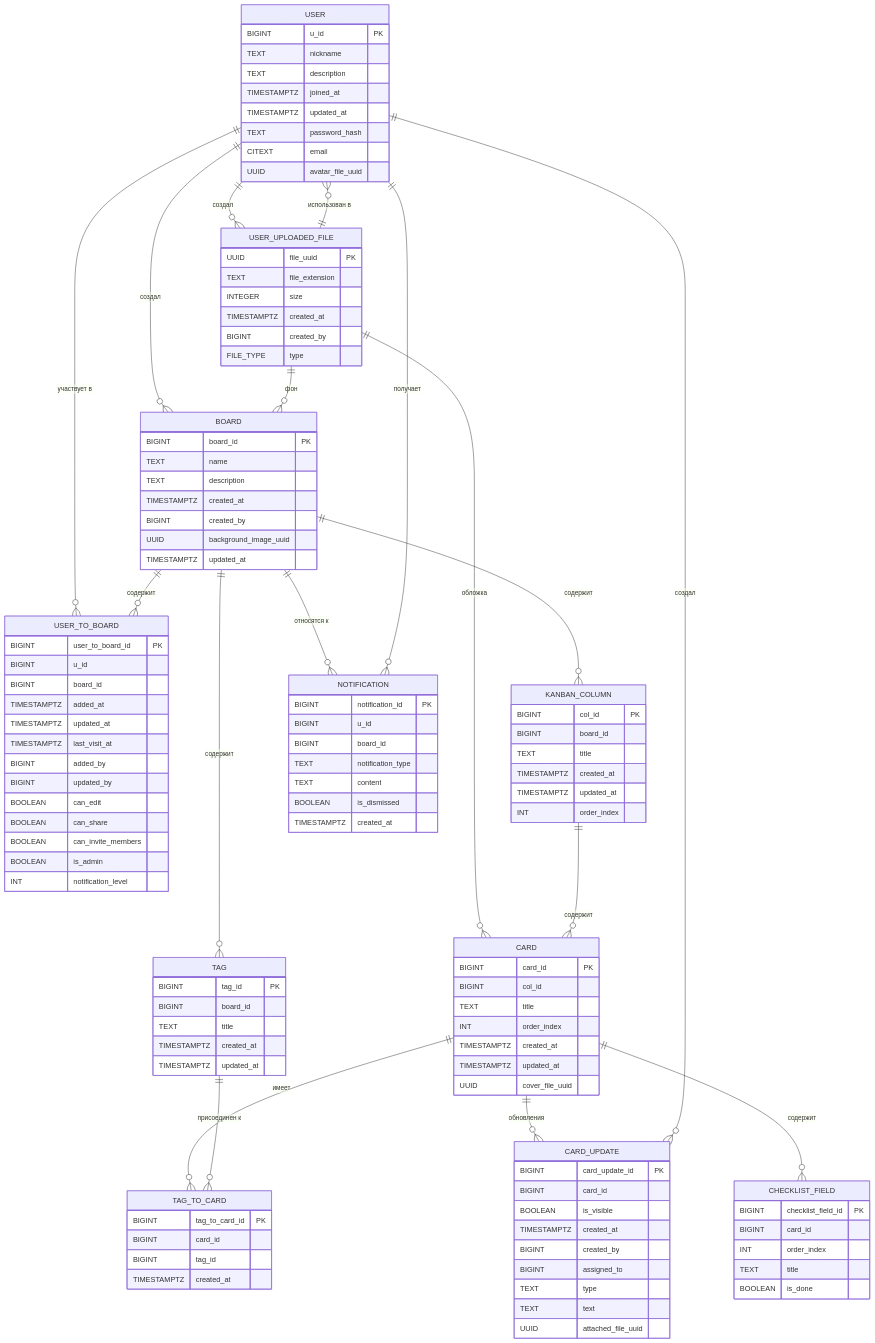
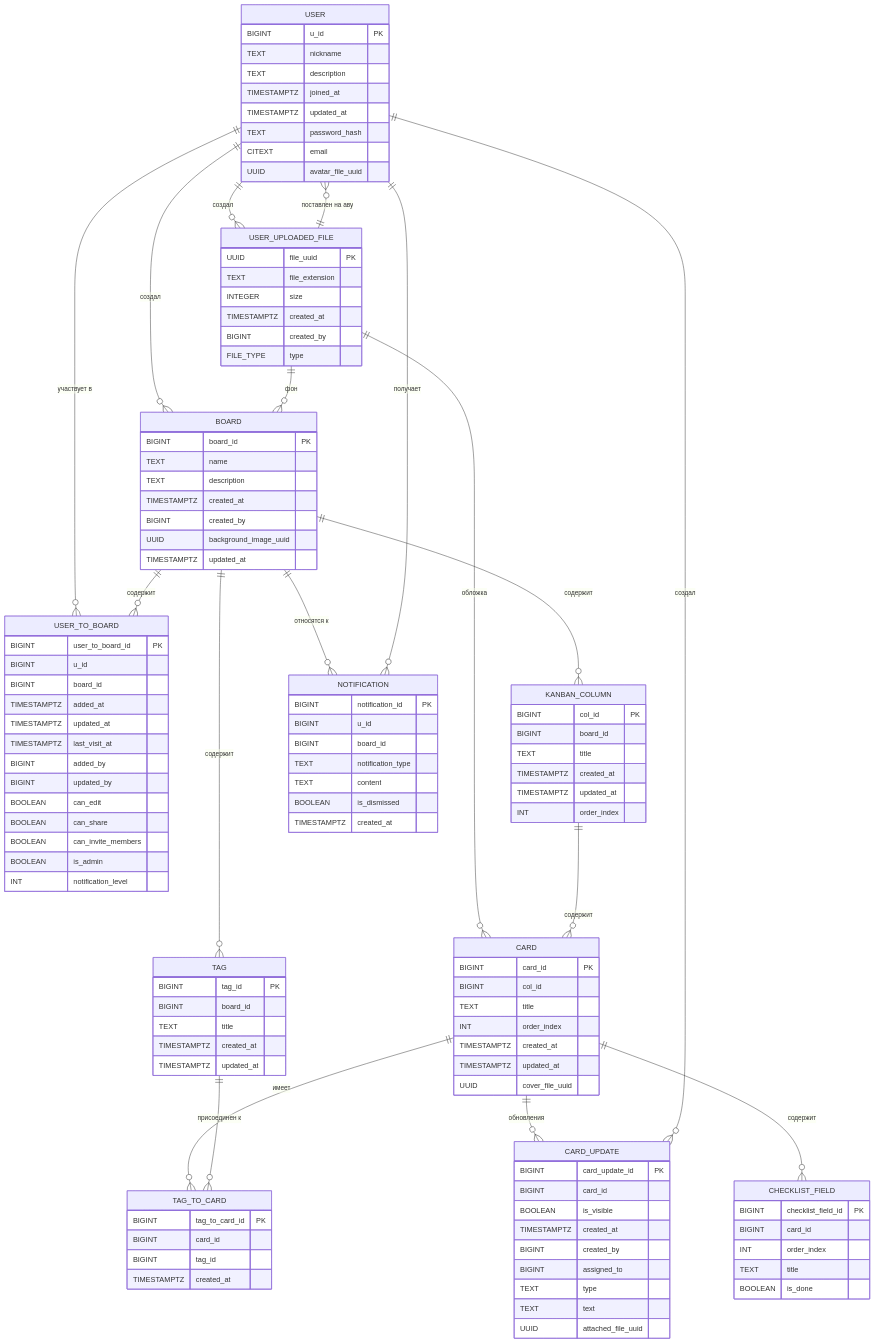
One commit to go-park-mail-ru/2024_2_RPO changed the diagram in database/normalized/relations.md. Above: the diagram before and after it, drawn with Mermaid. The commit also changed other lines of this file, not shown here.

```diff
--- a/database/normalized/relations.md
+++ b/database/normalized/relations.md
@@ -163,7 +201,7 @@
     USER ||--o{ USER_UPLOADED_FILE : "создал"
     USER ||--o{ BOARD : "создал"
     USER ||--o{ USER_TO_BOARD : "участвует в"
-    USER_UPLOADED_FILE ||--o{ USER : "использован в"
+    USER_UPLOADED_FILE ||--o{ USER : "поставлен на аву"
     BOARD ||--o{ USER_TO_BOARD : "содержит"
     BOARD ||--o{ KANBAN_COLUMN : "содержит"
     BOARD ||--o{ TAG : "содержит"
```
